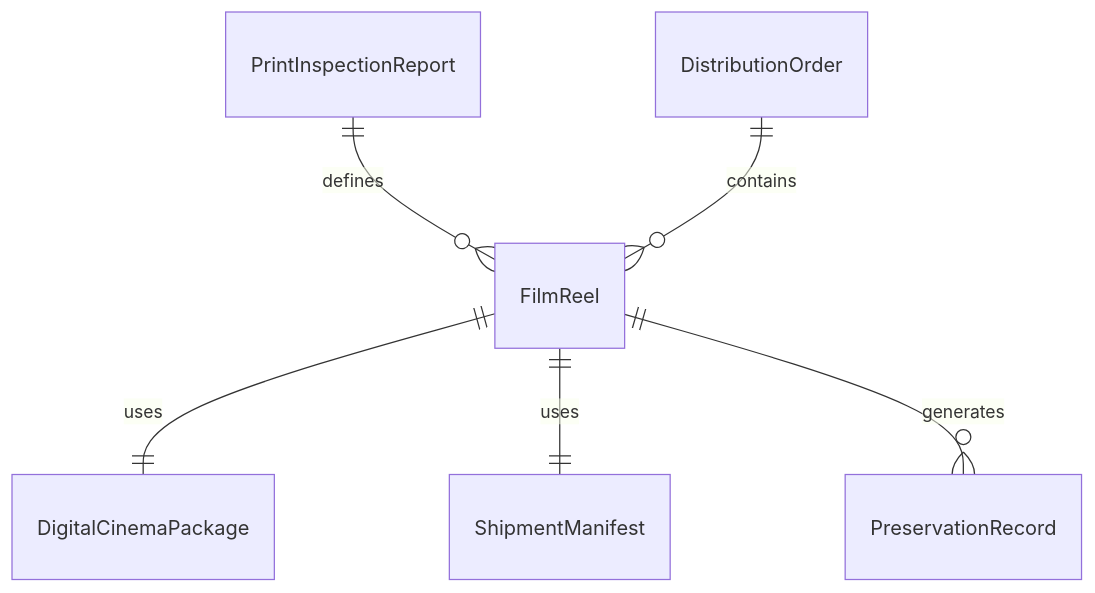
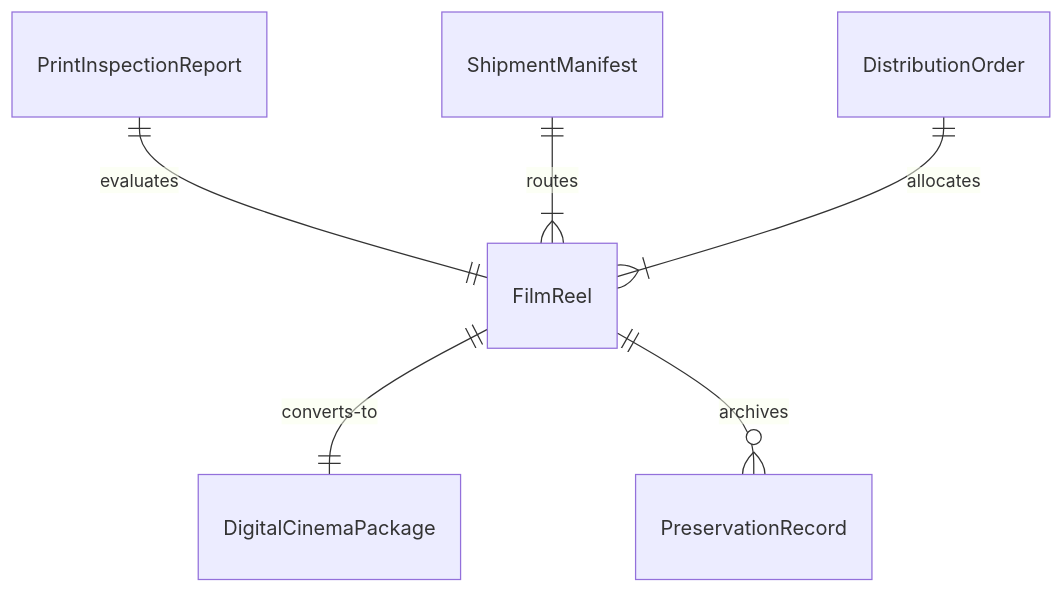
The first of 4 diagrams in HandlingAndMovingObjects/SetUpEquipment/PrepareFilmDistributionUse.mdx (dot-org-ai/tasks.org.ai), drawn with Mermaid before and after one commit. The commit also changed other lines of this file and 515 other files, not shown here.

````diff
--- a/HandlingAndMovingObjects/SetUpEquipment/PrepareFilmDistributionUse.mdx
+++ b/HandlingAndMovingObjects/SetUpEquipment/PrepareFilmDistributionUse.mdx
@@ -86,8 +86,8 @@
 ```mermaid
 erDiagram
-    FilmReel ||--|| DigitalCinemaPackage : "uses"
-    PrintInspectionReport ||--o{ FilmReel : "defines"
-    FilmReel ||--|| ShipmentManifest : "uses"
-    DistributionOrder ||--o{ FilmReel : "contains"
-    FilmReel ||--o{ PreservationRecord : "generates"
+    FilmReel ||--|| DigitalCinemaPackage : "converts-to"
+    PrintInspectionReport ||--|| FilmReel : "evaluates"
+    ShipmentManifest ||--|{ FilmReel : "routes"
+    DistributionOrder ||--|{ FilmReel : "allocates"
+    FilmReel ||--o{ PreservationRecord : "archives"
 ```
````
